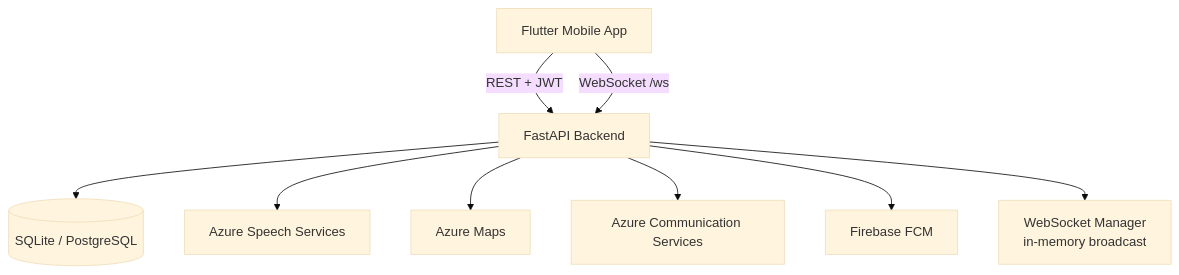
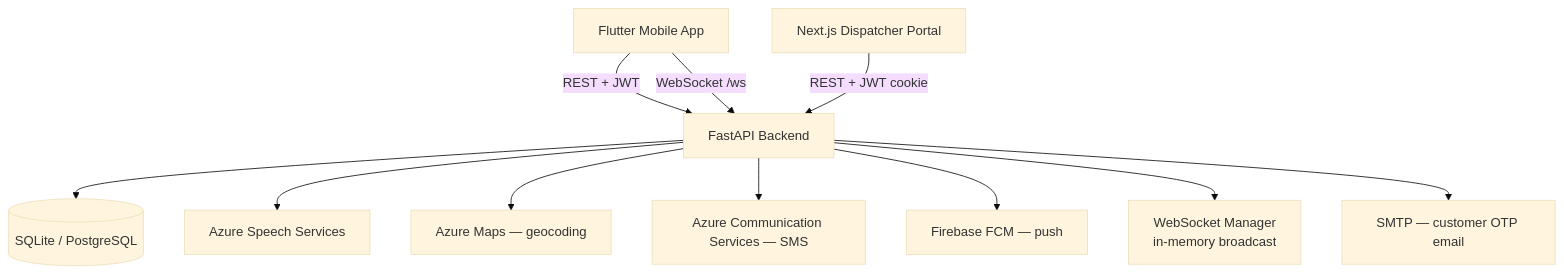
One commit to Rahul-14507/NearDrop changed the diagram in README.md. Above: the diagram before and after it, drawn with Mermaid (base theme). The commit also changed other lines of this file and 45 other files, not shown here.

````diff
--- a/README.md
+++ b/README.md
@@ -218,11 +279,13 @@
 ```mermaid
 graph TD
     A[Flutter Mobile App] -->|REST + JWT| B[FastAPI Backend]
     A -->|WebSocket /ws| B
+    I[Next.js Dispatcher Portal] -->|REST + JWT cookie| B
     B --> C[(SQLite / PostgreSQL)]
     B --> D[Azure Speech Services]
-    B --> E[Azure Maps]
-    B --> F[Azure Communication Services]
-    B --> G[Firebase FCM]
+    B --> E[Azure Maps — geocoding]
+    B --> F[Azure Communication Services — SMS]
+    B --> G[Firebase FCM — push]
     B --> H[WebSocket Manager\nin-memory broadcast]
+    B --> J[SMTP — customer OTP email]
 ```
````
